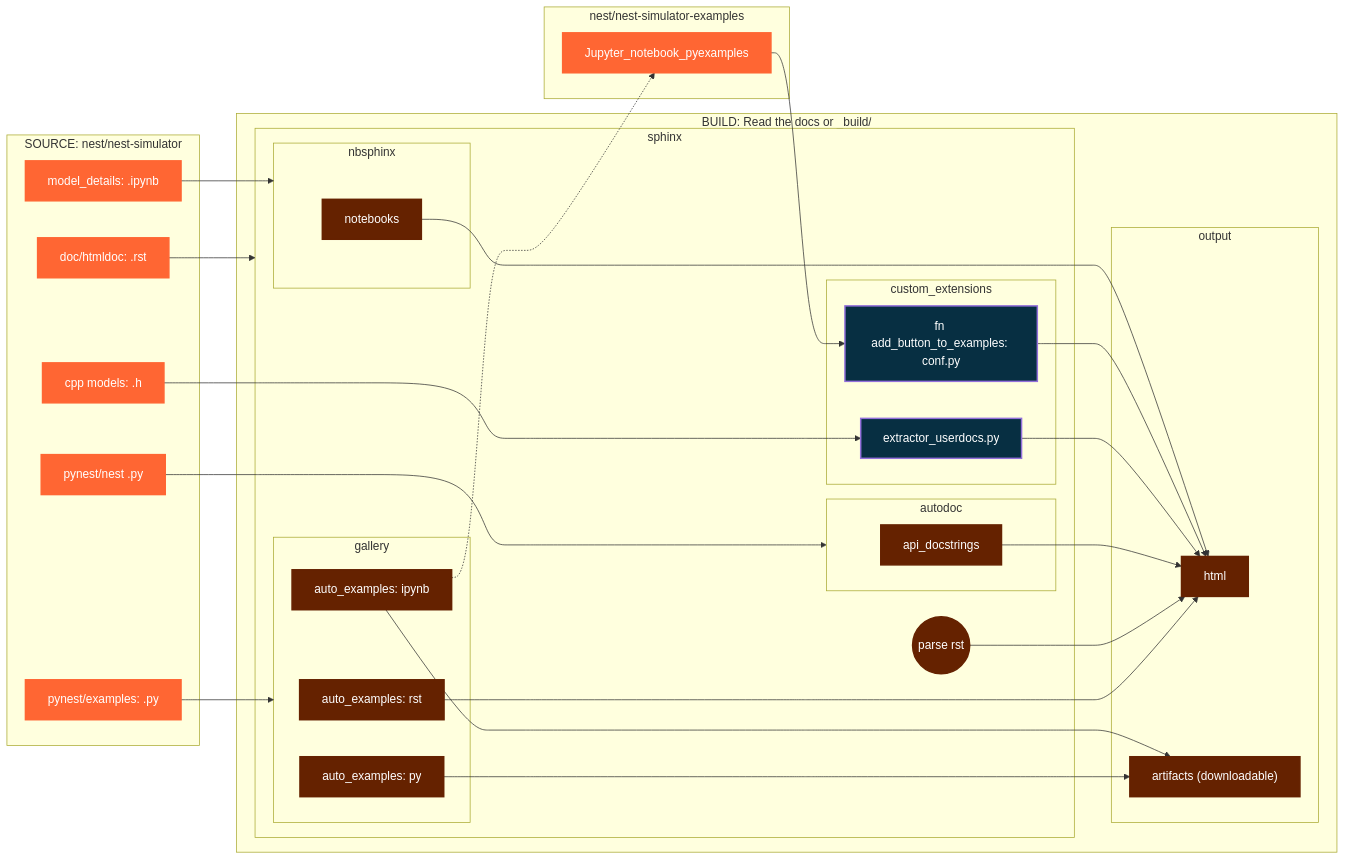
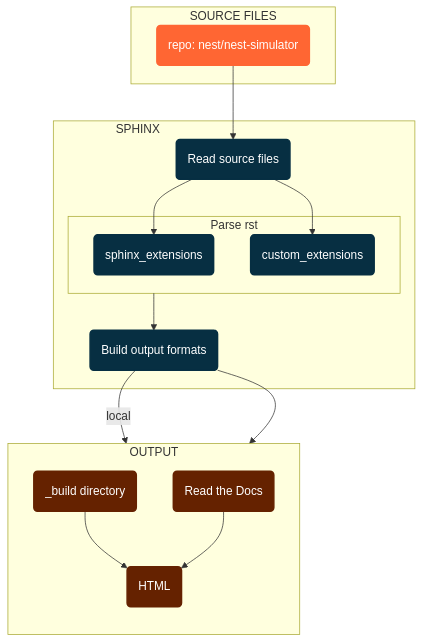
The diagram in doc/htmldoc/developer_space/workflows/documentation_workflow/user_documentation_workflow.rst (nest/nest-simulator), drawn with Mermaid before and after one commit. The commit also changed other lines of this file and 1 other file, not shown here.

Commit message:
simplify diagram, add styling

```diff
--- a/doc/htmldoc/developer_space/workflows/documentation_workflow/user_documentation_workflow.rst
+++ b/doc/htmldoc/developer_space/workflows/documentation_workflow/user_documentation_workflow.rst
@@ -27,49 +26,34 @@
 .. mermaid::
    :zoom:
    :caption: Overview of documentation build. Drag and zoom to explore.
 
-   flowchart LR
+   flowchart TB
 
-      classDef source color:#fff, stroke:#f63, stroke-width:2px, fill:#f63;
-      classDef ext color:#fff, stroke:#c072f42, stroke-width:2px, fill:#072f42;
-      classDef sphinx color:#fff, stroke:#652200, stroke-width:2px, fill:#652200;
+      sphinx:::TextPosition
 
-      subgraph BUILD: Read the docs or _build/
-        subgraph output
-         html:::sphinx
-         arti
+      classDef TextPosition padding-right:20em, padding-top:10em;
+      classDef orangeFill color:#fff, stroke:#f63, stroke-width:2px, fill:#f63;
+      classDef blueFill color:#fff, stroke:#072f42, stroke-width:2px, fill:#072f42;
+      classDef brownFill color:#fff, stroke:#652200, stroke-width:2px, fill:#652200;
+
+      subgraph sphinx[SPHINX]
+        read(Read source files):::blueFill-->ext
+        read-->custom
+       subgraph Parse_rst ["Parse rst"]
+          ext(sphinx_extensions):::blueFill
+          custom(custom_extensions):::blueFill
         end
-        ar-->html
-        ap-->arti["artifacts (downloadable)"]:::sphinx
-        ai-->arti
-        subgraph sphinx
-         parse((parse rst)):::sphinx-->html
-          subgraph autodoc
-           api_docstrings:::sphinx-->html
-          end
-         subgraph gallery
-          ai["auto_examples: ipynb"]:::sphinx
-          ar["auto_examples: rst"]:::sphinx
-          ap["auto_examples: py"]:::sphinx
-         end
-         subgraph custom_extensions
-          extractor_userdocs.py:::ext-->html
-          button["fn add_button_to_examples: conf.py"]:::ext-->html
-         end
-         subgraph nbsphinx
-          notebooks:::sphinx --> html
-         end
-        end
+      Parse_rst-->build
+      build(Build output formats):::blueFill
       end
+    subgraph SOURCE FILES
+      source(repo: nest/nest-simulator):::orangeFill-->read
+     end
 
-      subgraph SOURCE: nest/nest-simulator
-       docs["doc/htmldoc: .rst"]:::source-->sphinx
-       models["cpp models: .h"]:::source-->extractor_userdocs.py
-       py["pynest/examples: .py"]:::source-->gallery
-       api["pynest/nest .py"]:::source-->autodoc
-       ipynb["model_details: .ipynb"]:::source-->nbsphinx
-      end
-      subgraph nest/nest-simulator-examples
-       Jupyter_notebook_pyexamples:::source-->button
-       ai -..-> Jupyter_notebook_pyexamples
-      end
+     subgraph OUTPUT["OUTPUT"]
+       direction TB
+       build--local-->local(_build directory):::brownFill
+       build-->rtd(Read the Docs):::brownFill
+       local-->HTML(HTML):::brownFill
+       rtd-->HTML
+     end
```
